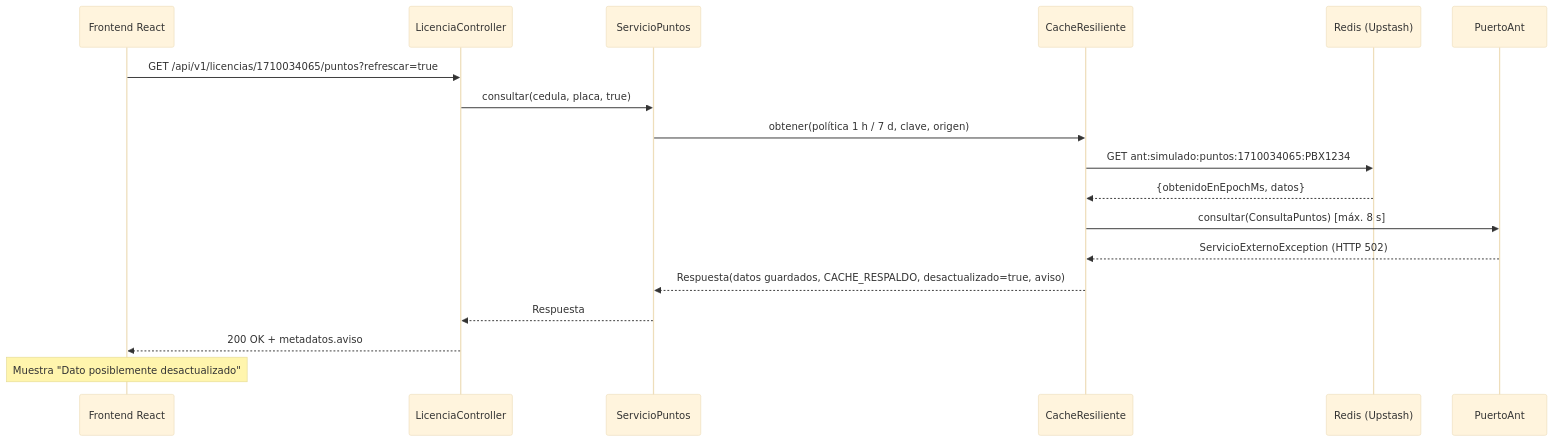
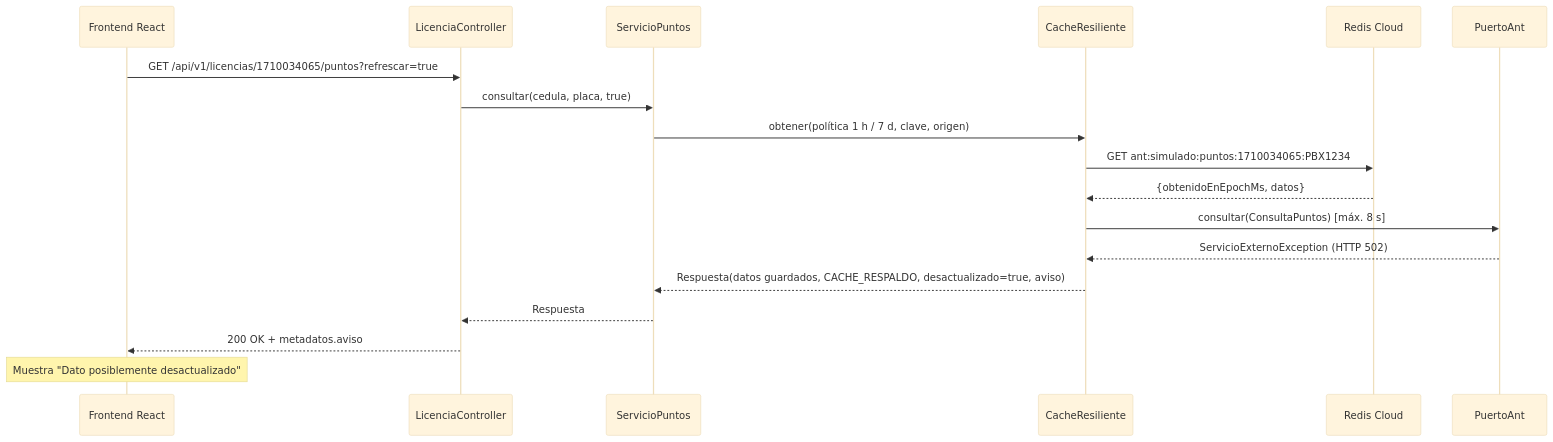
The second of 2 diagrams in docs/c4-nivel4-codigo.md (ALopez0510/Arquitectura-C4_L-pez), drawn with Mermaid (base theme) before and after one commit. The commit also changed 9 other files, not shown here.

First line of the commit message:
Caché: Upstash reemplazado por Redis Cloud en documentación y modelo

````diff
--- a/docs/c4-nivel4-codigo.md
+++ b/docs/c4-nivel4-codigo.md
@@ -171,20 +171,20 @@
 ```mermaid
 sequenceDiagram
     participant UI as Frontend React
     participant C as LicenciaController
     participant S as ServicioPuntos
     participant K as CacheResiliente
-    participant R as Redis (Upstash)
+    participant R as Redis Cloud
     participant A as PuertoAnt
     UI->>C: GET /api/v1/licencias/1710034065/puntos?refrescar=true
     C->>S: consultar(cedula, placa, true)
     S->>K: obtener(política 1 h / 7 d, clave, origen)
     K->>R: GET ant:simulado:puntos:1710034065:PBX1234
     R-->>K: {obtenidoEnEpochMs, datos}
     K->>A: consultar(ConsultaPuntos) [máx. 8 s]
     A-->>K: ServicioExternoException (HTTP 502)
     K-->>S: Respuesta(datos guardados, CACHE_RESPALDO, desactualizado=true, aviso)
     S-->>C: Respuesta
     C-->>UI: 200 OK + metadatos.aviso
     Note over UI: Muestra "Dato posiblemente desactualizado"
 ```
````
